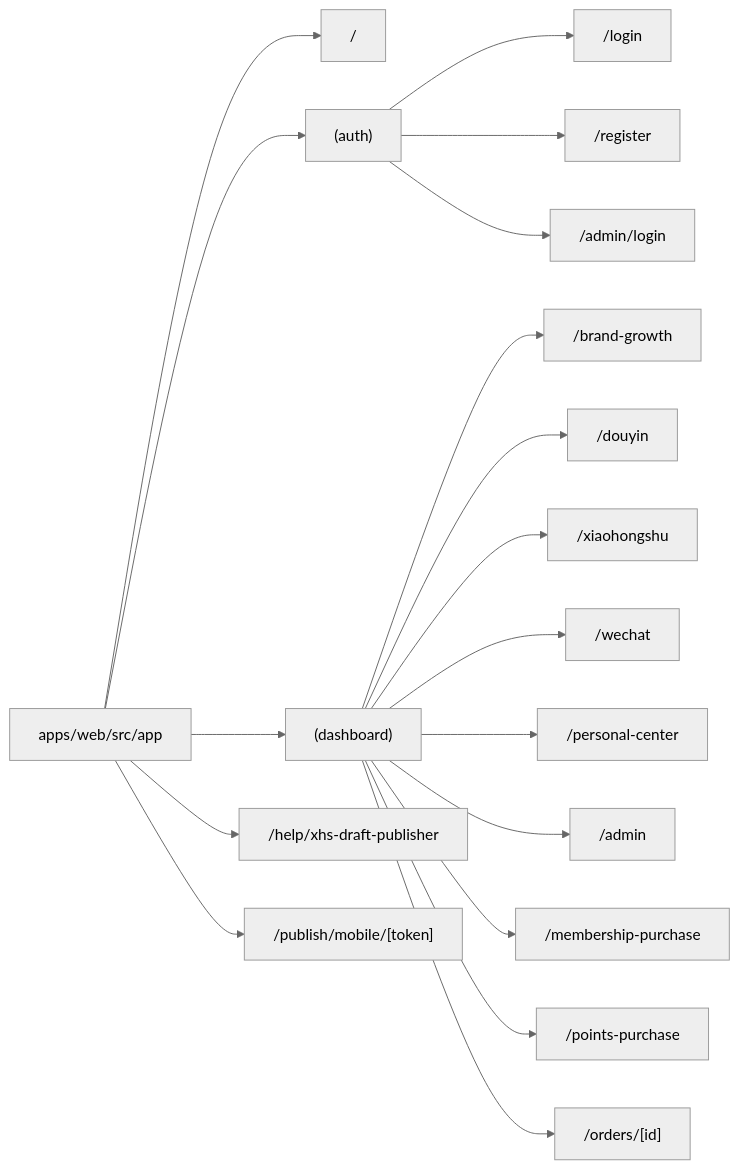
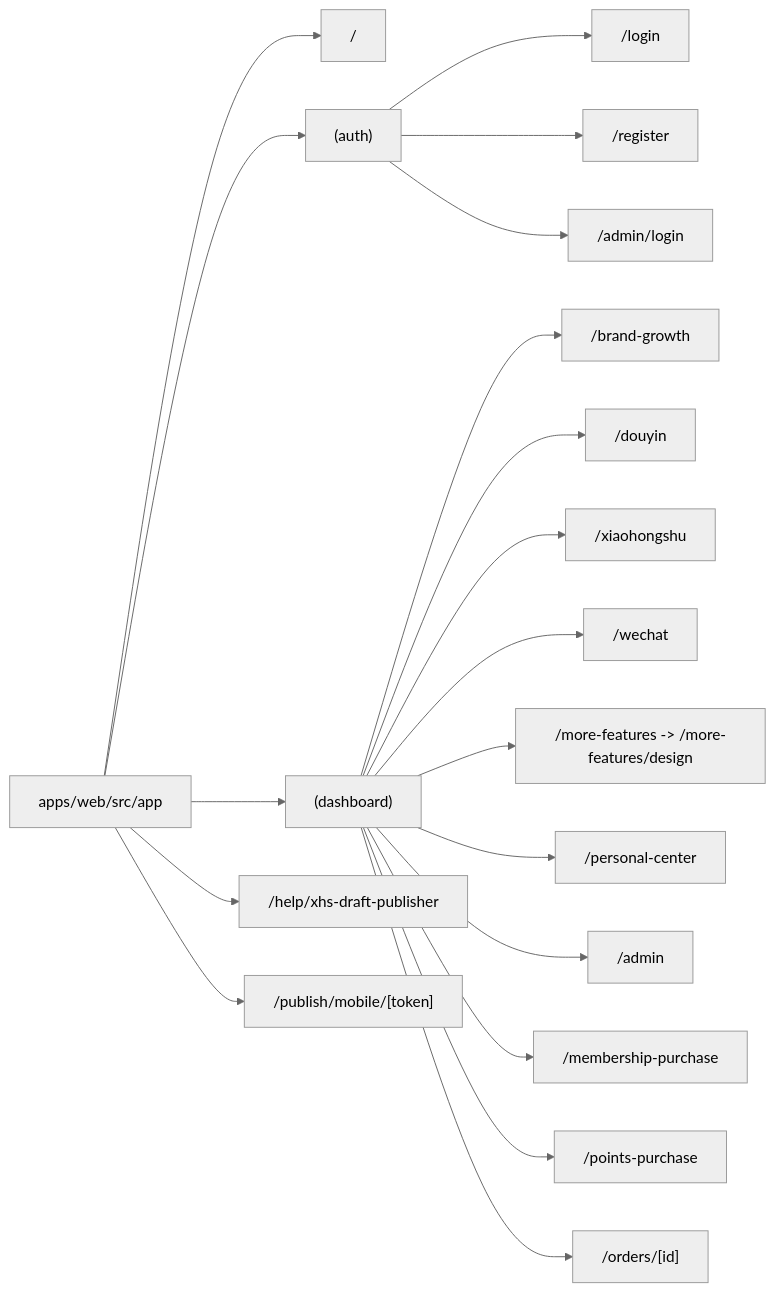
Before and after one commit to Depthukesh/ai-omni-ops-system: the second of 14 diagrams in docs/site-map-mermaid.md, drawn with Mermaid (neutral theme). The commit also changed other lines of this file and 8 other files, not shown here.

````diff
--- a/docs/site-map-mermaid.md
+++ b/docs/site-map-mermaid.md
@@ -95,24 +96,25 @@
 ```mermaid
 flowchart LR
     Root["apps/web/src/app"]
 
     Root --> Home["/"]
     Root --> Auth["(auth)"]
     Root --> Dash["(dashboard)"]
     Root --> Help["/help/xhs-draft-publisher"]
     Root --> Publish["/publish/mobile/[token]"]
 
     Auth --> Login["/login"]
     Auth --> Register["/register"]
     Auth --> AdminLogin["/admin/login"]
 
     Dash --> BrandGrowth["/brand-growth"]
     Dash --> Douyin["/douyin"]
     Dash --> Xiaohongshu["/xiaohongshu"]
     Dash --> Wechat["/wechat"]
+    Dash --> MoreFeatures["/more-features -> /more-features/design"]
     Dash --> Personal["/personal-center"]
     Dash --> Admin["/admin"]
     Dash --> Membership["/membership-purchase"]
     Dash --> Points["/points-purchase"]
     Dash --> OrderDetail["/orders/[id]"]
 ```
````
